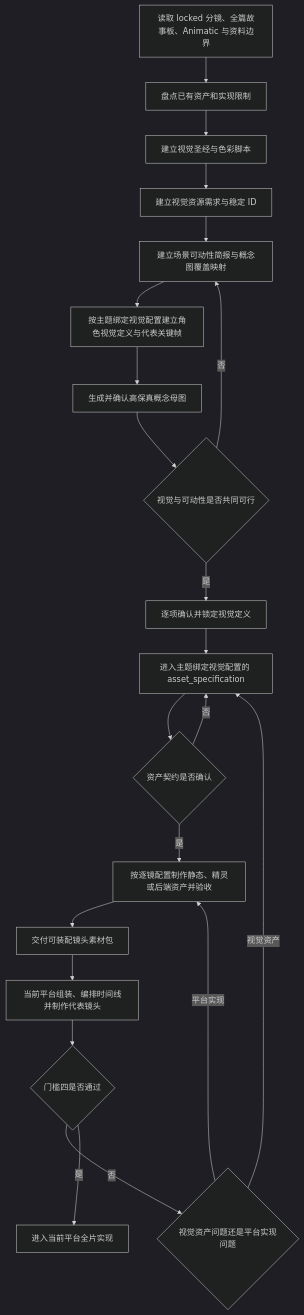
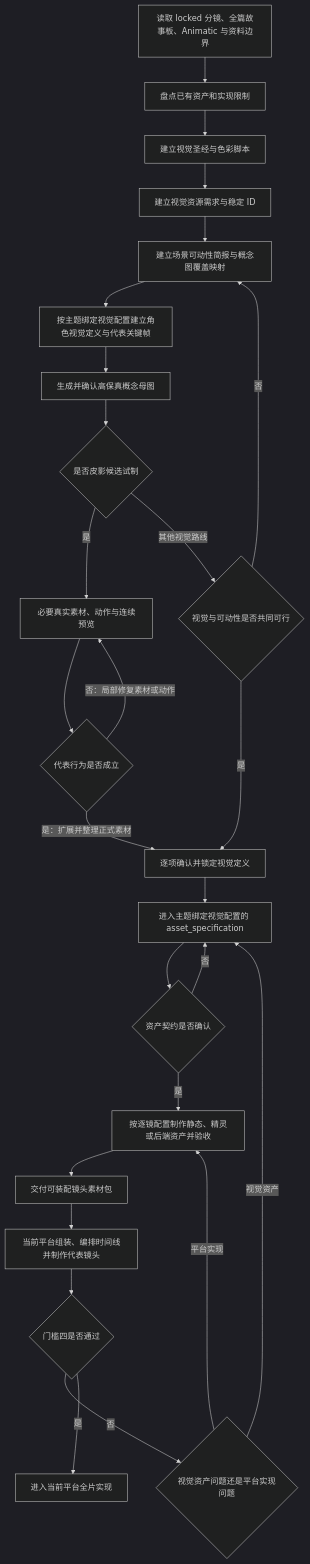
The diagram in skills/ancient-tales-production/references/工作流-美术设计与资产.md (lseyesl/skills), drawn with Mermaid (dark theme) before and after one commit. The commit also changed other lines of this file and 23 other files, not shown here.

````diff
--- a/skills/ancient-tales-production/references/工作流-美术设计与资产.md
+++ b/skills/ancient-tales-production/references/工作流-美术设计与资产.md
@@ -133,23 +135,28 @@
 ```mermaid
 flowchart TD
     A[读取 locked 分镜、全篇故事板、Animatic 与资料边界] --> B[盘点已有资产和实现限制]
     B --> C[建立视觉圣经与色彩脚本]
     C --> D[建立视觉资源需求与稳定 ID]
     D --> D0[建立场景可动性简报与概念图覆盖映射]
     D0 --> E[按主题绑定视觉配置建立角色视觉定义与代表关键帧]
     E --> E1[生成并确认高保真概念母图]
-    E1 --> F{视觉与可动性是否共同可行}
+    E1 --> P{是否皮影候选试制}
+    P -->|是| P1[必要真实素材、动作与连续预览]
+    P1 --> P2{代表行为是否成立}
+    P2 -->|否：局部修复素材或动作| P1
+    P2 -->|是：扩展并整理正式素材| G
+    P -->|其他视觉路线| F{视觉与可动性是否共同可行}
     F -->|否| D0
     F -->|是| G[逐项确认并锁定视觉定义]
     G --> H[进入主题绑定视觉配置的 asset_specification]
     H --> H1{资产契约是否确认}
     H1 -->|否| H
     H1 -->|是| I[按逐镜配置制作静态、精灵或后端资产并验收]
     I --> I1[交付可装配镜头素材包]
     I1 --> J[当前平台组装、编排时间线并制作代表镜头]
     J --> K{门槛四是否通过}
     K -->|否| R{视觉资产问题还是平台实现问题}
     R -->|视觉资产| H
     R -->|平台实现| I
     K -->|是| L[进入当前平台全片实现]
 ```
````
